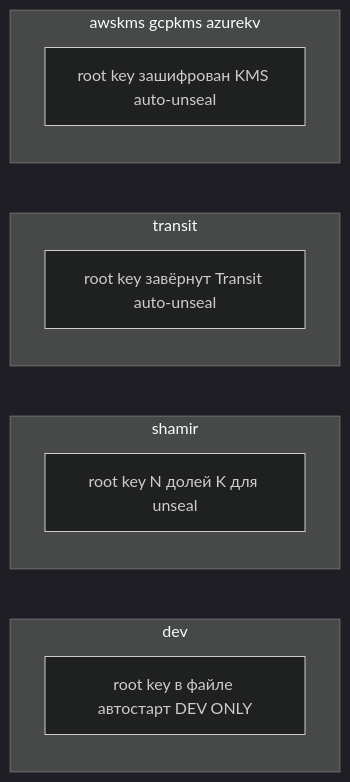
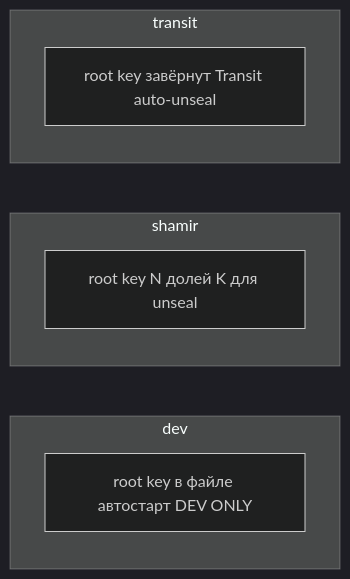
Before and after one commit to NAGenaev/tuck: the fifth of 9 diagrams in docs/02-architecture.md, drawn with Mermaid (dark theme). The commit also changed other lines of this file and 23 other files, not shown here.

````diff
--- a/docs/02-architecture.md
+++ b/docs/02-architecture.md
@@ -217,15 +216,12 @@
 ```mermaid
 flowchart LR
     subgraph dev["dev"]
         d1["root key в файле автостарт DEV ONLY"]
     end
     subgraph shamir["shamir"]
         s1["root key N долей K для unseal"]
     end
     subgraph transit["transit"]
         t1["root key завёрнут Transit auto-unseal"]
     end
-    subgraph kms["awskms gcpkms azurekv"]
-        k1["root key зашифрован KMS auto-unseal"]
-    end
 ```
````
